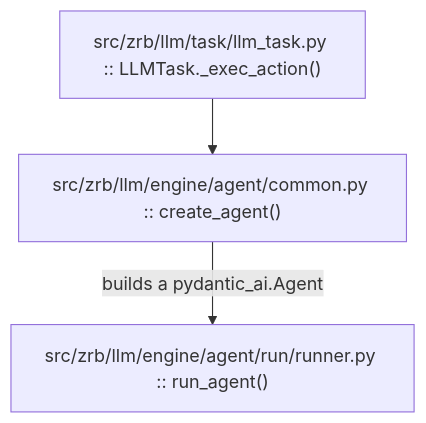
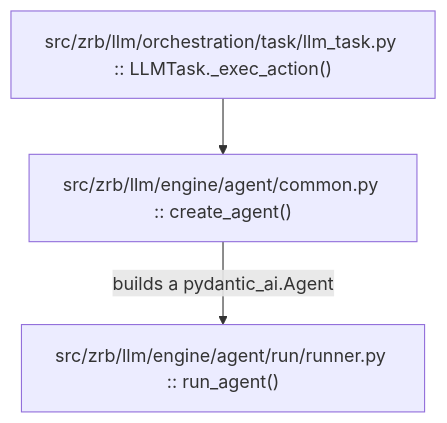
Before and after one commit to state-alchemists/zrb: the fourth of 7 diagrams in docs/llm/llm-chat-lifecycle.md, drawn with Mermaid. The commit also changed other lines of this file and 273 other files, not shown here.

````diff
--- a/docs/llm/llm-chat-lifecycle.md
+++ b/docs/llm/llm-chat-lifecycle.md
@@ -78,5 +78,5 @@
 ```mermaid
 flowchart TD
-    Inner["src/zrb/llm/task/llm_task.py :: LLMTask._exec_action()"] --> Create["src/zrb/llm/engine/agent/common.py :: create_agent()"]
+    Inner["src/zrb/llm/orchestration/task/llm_task.py :: LLMTask._exec_action()"] --> Create["src/zrb/llm/engine/agent/common.py :: create_agent()"]
     Create -->|"builds a pydantic_ai.Agent"| RunAgent["src/zrb/llm/engine/agent/run/runner.py :: run_agent()"]
 ```
````
